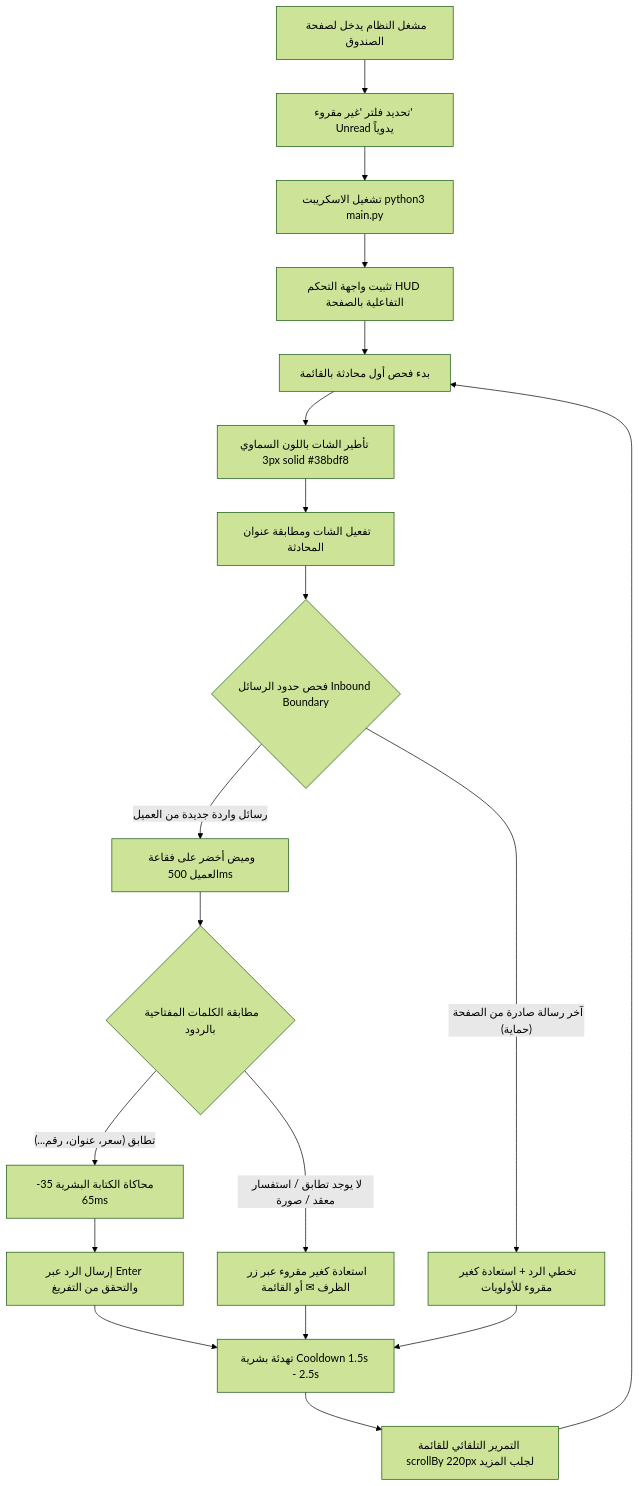
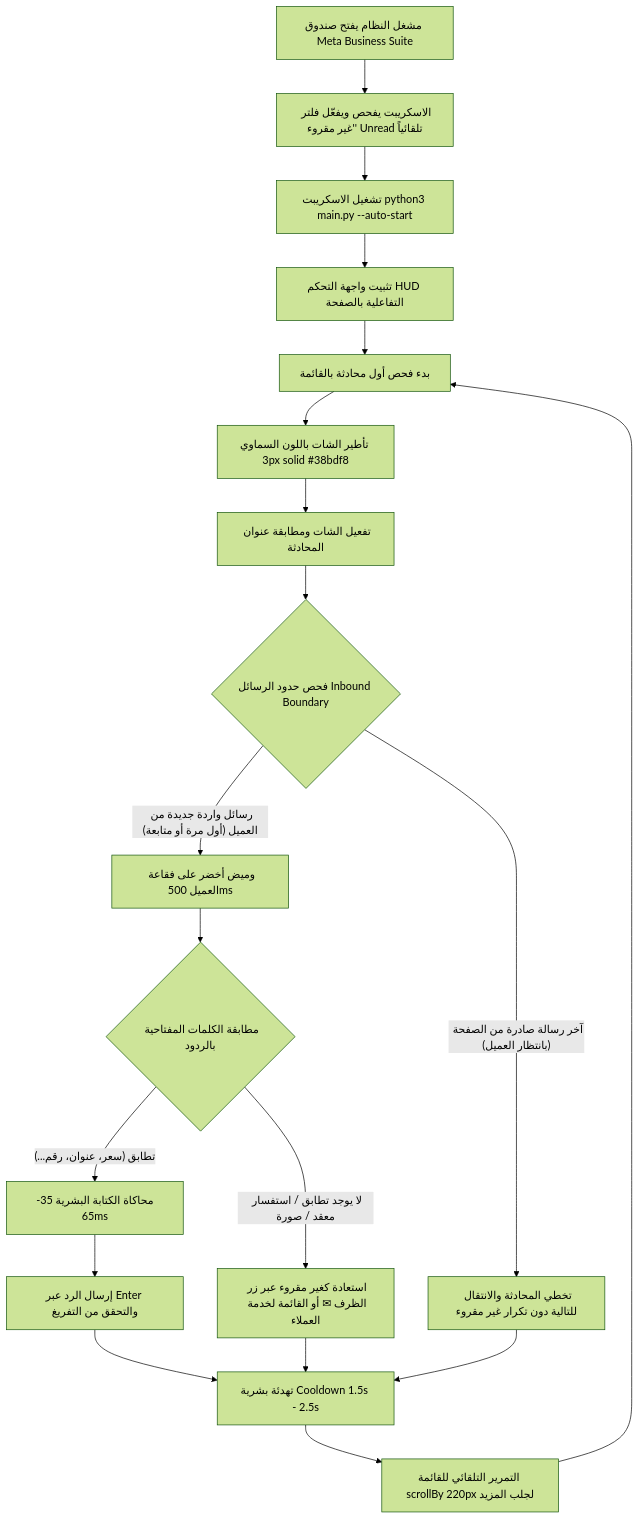
The diagram in README.md (BishoySafwat01/Meta-Automation-script), drawn with Mermaid (forest theme) before and after one commit. The commit also changed other lines of this file, not shown here.

Commit message:
docs: update README with unread filter auto-lock and follow-up message handling

````diff
--- a/README.md
+++ b/README.md
@@ -11,25 +11,25 @@
 ```mermaid
 flowchart TD
-    A[مشغل النظام يدخل لصفحة الصندوق] --> B[تحديد فلتر 'غير مقروء' Unread يدوياً]
-    B --> C[تشغيل الاسكريبت python3 main.py]
+    A[مشغل النظام يفتح صندوق Meta Business Suite] --> B[الاسكريبت يفحص ويفعّل فلتر 'غير مقروء' Unread تلقائياً]
+    B --> C[تشغيل الاسكريبت python3 main.py --auto-start]
     C --> D[تثبيت واجهة التحكم HUD التفاعلية بالصفحة]
     D --> E[بدء فحص أول محادثة بالقائمة]
     E --> F[تأطير الشات باللون السماوي 3px solid #38bdf8]
     F --> G[تفعيل الشات ومطابقة عنوان المحادثة]
     G --> H{فحص حدود الرسائل Inbound Boundary}
     
-    H -- "آخر رسالة صادرة من الصفحة (حماية)" --> I[تخطي الرد + استعادة كغير مقروء للأولويات]
-    H -- "رسائل واردة جديدة من العميل" --> J[وميض أخضر على فقاعة العميل 500ms]
+    H -- "آخر رسالة صادرة من الصفحة (بانتظار العميل)" --> I[تخطي المحادثة والانتقال للتالية دون تكرار غير مقروء]
+    H -- "رسائل واردة جديدة من العميل (أول مرة أو متابعة)" --> J[وميض أخضر على فقاعة العميل 500ms]
     
     J --> K{مطابقة الكلمات المفتاحية بالردود}
     K -- "تطابق (سعر، عنوان، رقم...)" --> L[محاكاة الكتابة البشرية 35-65ms]
     L --> M[إرسال الرد عبر Enter والتحقق من التفريغ]
     
-    K -- "لا يوجد تطابق / استفسار معقد / صورة" --> N[استعادة كغير مقروء عبر زر الظرف ✉ أو القائمة]
+    K -- "لا يوجد تطابق / استفسار معقد / صورة" --> N[استعادة كغير مقروء عبر زر الظرف ✉ أو القائمة لخدمة العملاء]
     
     M --> O[تهدئة بشرية Cooldown 1.5s - 2.5s]
     N --> O
     I --> O
     O --> P[التمرير التلقائي للقائمة scrollBy 220px لجلب المزيد]
     P --> E
 ```
````
